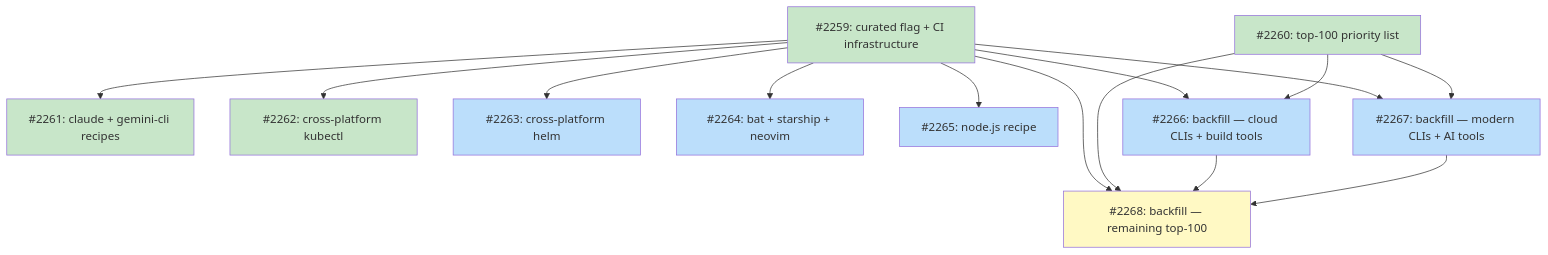
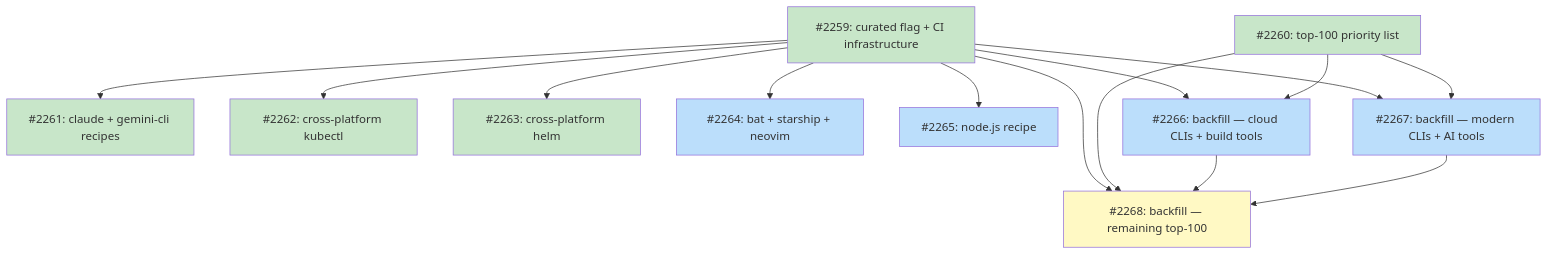
The diagram in docs/plans/PLAN-curated-recipes.md (tsukumogami/tsuku), drawn with Mermaid before and after one commit. The commit also changed other lines of this file and 2 other files, not shown here.

Commit message:
feat(recipes): replace Linux-only helm recipe with cross-platform version
Replaces the batch-generated recipes/h/helm.toml (Homebrew-only, Linux-only)
with a handcrafted recipe that downloads official Helm release tarballs from
get.helm.sh for linux/amd64, linux/arm64, darwin/amd64, and darwin/arm64.

Uses download + extract + install_binaries (not download_archive) to enable
checksum verification against Helm's published .sha256sum files alongside each
release. The tarball layout is {os}-{arch}/helm; strip_dirs = 1 extracts the
binary directly to the work directory.

Setting curated = true enrolls the recipe in nightly cross-platform validation
via the dynamic grep-based discovery introduced in #2258.

````diff
--- a/docs/plans/PLAN-curated-recipes.md
+++ b/docs/plans/PLAN-curated-recipes.md
@@ -51,41 +51,41 @@
 ```mermaid
 graph TD
     I2259["#2259: curated flag + CI infrastructure"]
     I2260["#2260: top-100 priority list"]
     I2261["#2261: claude + gemini-cli recipes"]
     I2262["#2262: cross-platform kubectl"]
     I2263["#2263: cross-platform helm"]
     I2264["#2264: bat + starship + neovim"]
     I2265["#2265: node.js recipe"]
     I2266["#2266: backfill — cloud CLIs + build tools"]
     I2267["#2267: backfill — modern CLIs + AI tools"]
     I2268["#2268: backfill — remaining top-100"]
 
     I2259 --> I2261
     I2259 --> I2262
     I2259 --> I2263
     I2259 --> I2264
     I2259 --> I2265
     I2259 --> I2266
     I2259 --> I2267
     I2259 --> I2268
     I2260 --> I2266
     I2260 --> I2267
     I2260 --> I2268
     I2266 --> I2268
     I2267 --> I2268
 
     classDef done fill:#c8e6c9
     classDef ready fill:#bbdefb
     classDef blocked fill:#fff9c4
     classDef needsDesign fill:#e1bee7
     classDef needsPrd fill:#b3e5fc
     classDef needsSpike fill:#ffcdd2
     classDef needsDecision fill:#d1c4e9
     classDef tracksDesign fill:#FFE0B2,stroke:#F57C00,color:#000
     classDef tracksPlan fill:#FFE0B2,stroke:#F57C00,color:#000
 
-    class I2259,I2260,I2261,I2262 done
-    class I2263,I2264,I2265,I2266,I2267 ready
+    class I2259,I2260,I2261,I2262,I2263 done
+    class I2264,I2265,I2266,I2267 ready
     class I2268 blocked
 ```
````
